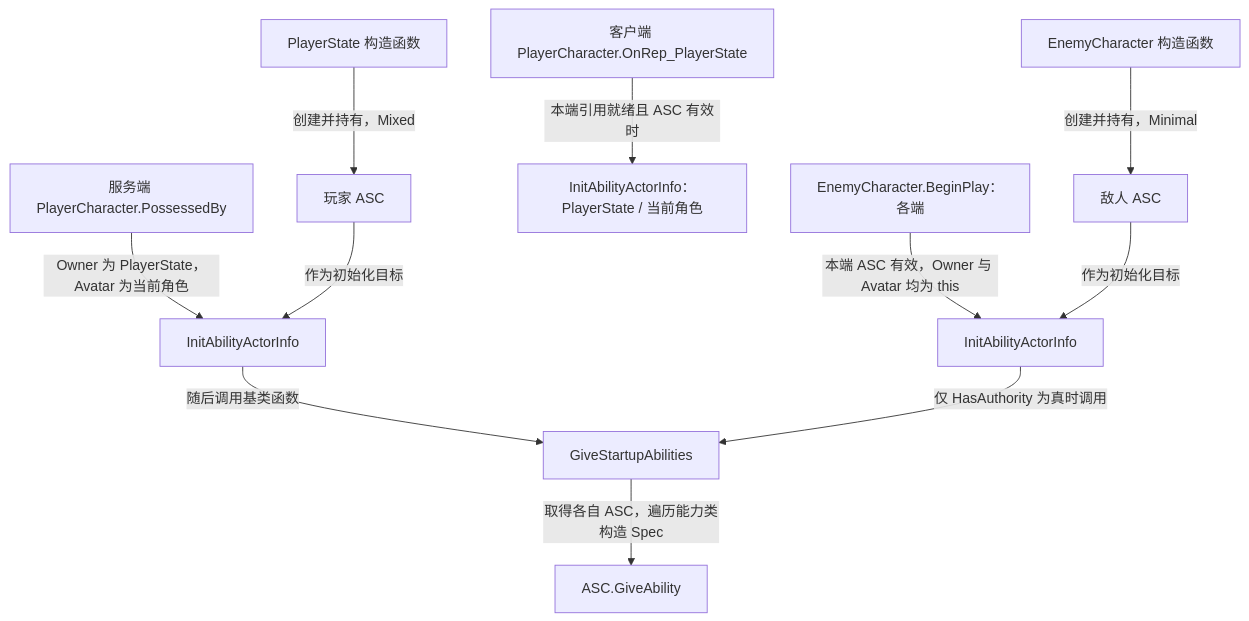
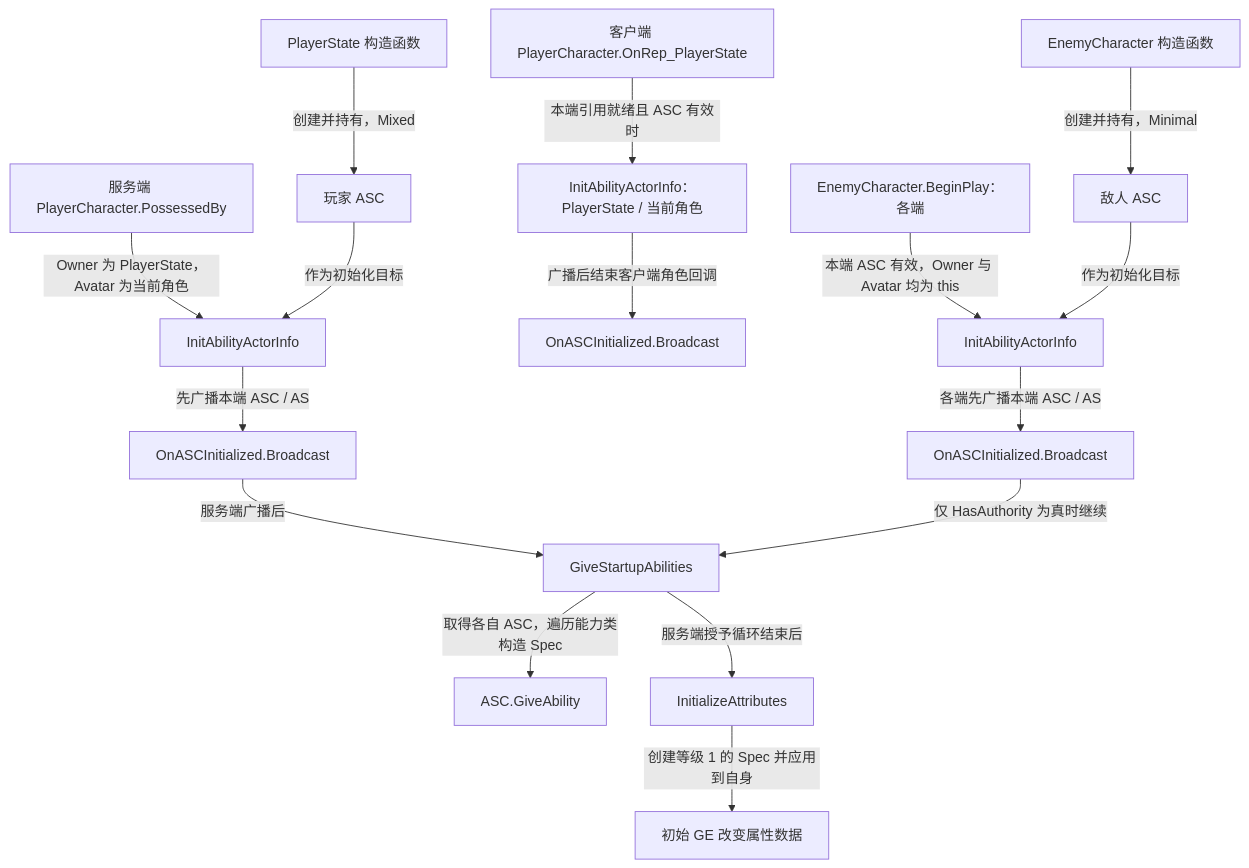
Before and after one commit to xue1ong/GAS_StudyNotes: the first of 3 diagrams in AbilitySystem/StartupAbilities.md, drawn with Mermaid. The commit also changed other lines of this file and 17 other files, not shown here.

````diff
--- a/AbilitySystem/StartupAbilities.md
+++ b/AbilitySystem/StartupAbilities.md
@@ -14,13 +14,18 @@
 ```mermaid
 flowchart TD
     state["PlayerState 构造函数"] -->|"创建并持有，Mixed"| playerAsc["玩家 ASC"]
     possessed["服务端 PlayerCharacter.PossessedBy"] -->|"Owner 为 PlayerState，Avatar 为当前角色"| playerInfo["InitAbilityActorInfo"]
     playerAsc -->|"作为初始化目标"| playerInfo
-    playerInfo -->|"随后调用基类函数"| startup["GiveStartupAbilities"]
+    playerInfo -->|"先广播本端 ASC / AS"| playerSignal["OnASCInitialized.Broadcast"]
+    playerSignal -->|"服务端广播后"| startup["GiveStartupAbilities"]
     onRep["客户端 PlayerCharacter.OnRep_PlayerState"] -->|"本端引用就绪且 ASC 有效时"| clientInfo["InitAbilityActorInfo：PlayerState / 当前角色"]
+    clientInfo -->|"广播后结束客户端角色回调"| clientSignal["OnASCInitialized.Broadcast"]
     enemy["EnemyCharacter 构造函数"] -->|"创建并持有，Minimal"| enemyAsc["敌人 ASC"]
     begin["EnemyCharacter.BeginPlay：各端"] -->|"本端 ASC 有效，Owner 与 Avatar 均为 this"| enemyInfo["InitAbilityActorInfo"]
     enemyAsc -->|"作为初始化目标"| enemyInfo
-    enemyInfo -->|"仅 HasAuthority 为真时调用"| startup
+    enemyInfo -->|"各端先广播本端 ASC / AS"| enemySignal["OnASCInitialized.Broadcast"]
+    enemySignal -->|"仅 HasAuthority 为真时继续"| startup
     startup -->|"取得各自 ASC，遍历能力类构造 Spec"| give["ASC.GiveAbility"]
+    startup -->|"服务端授予循环结束后"| initAttributes["InitializeAttributes"]
+    initAttributes -->|"创建等级 1 的 Spec 并应用到自身"| values["初始 GE 改变属性数据"]
 ```
````
